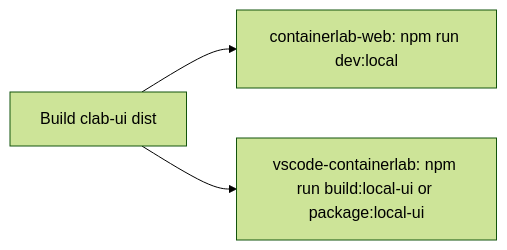
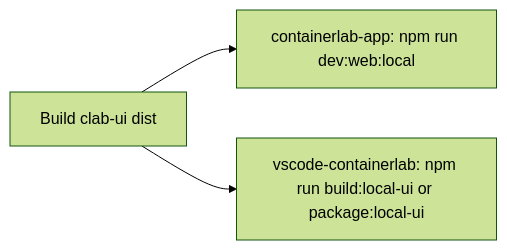
One commit to Muddyblack/clab-ui changed the fifth of 5 diagrams in docs/00-platform-deep-dive.md. Above: the diagram before and after it, drawn with Mermaid (forest theme). The commit also changed other lines of this file and 15 other files, not shown here.

````diff
--- a/docs/00-platform-deep-dive.md
+++ b/docs/00-platform-deep-dive.md
@@ -150,5 +150,5 @@
 ```mermaid
 flowchart LR
-    Build["Build clab-ui dist"] --> WebLocal["containerlab-web: npm run dev:local"]
+    Build["Build clab-ui dist"] --> WebLocal["containerlab-app: npm run dev:web:local"]
     Build --> VscLocal["vscode-containerlab: npm run build:local-ui or package:local-ui"]
 ```
````
